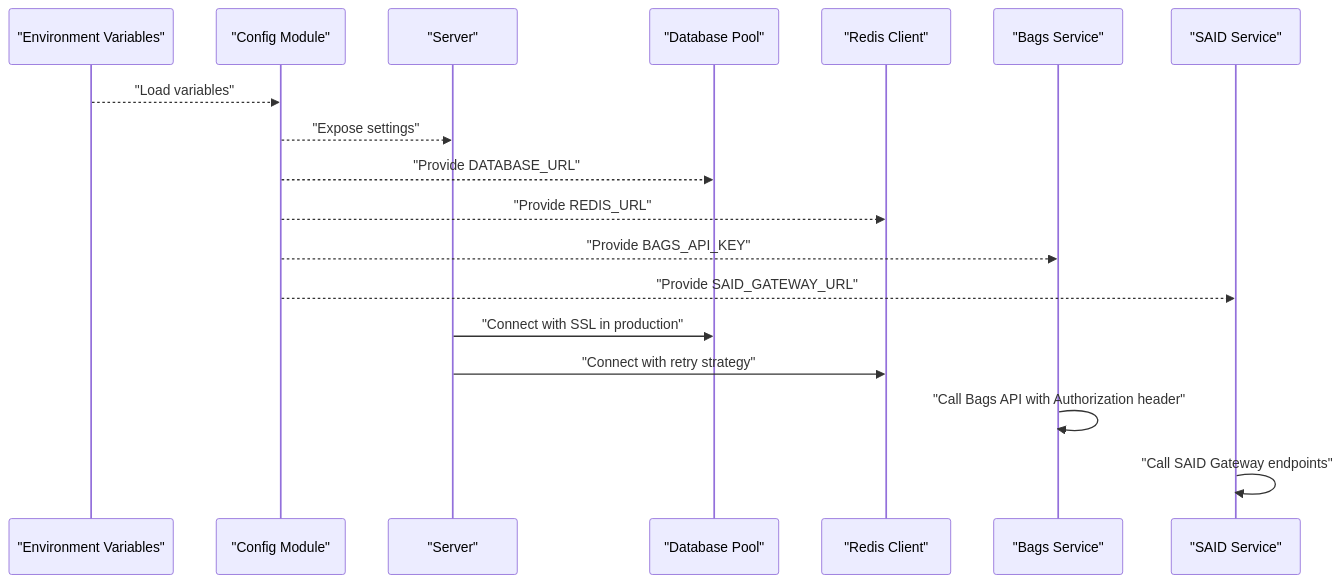
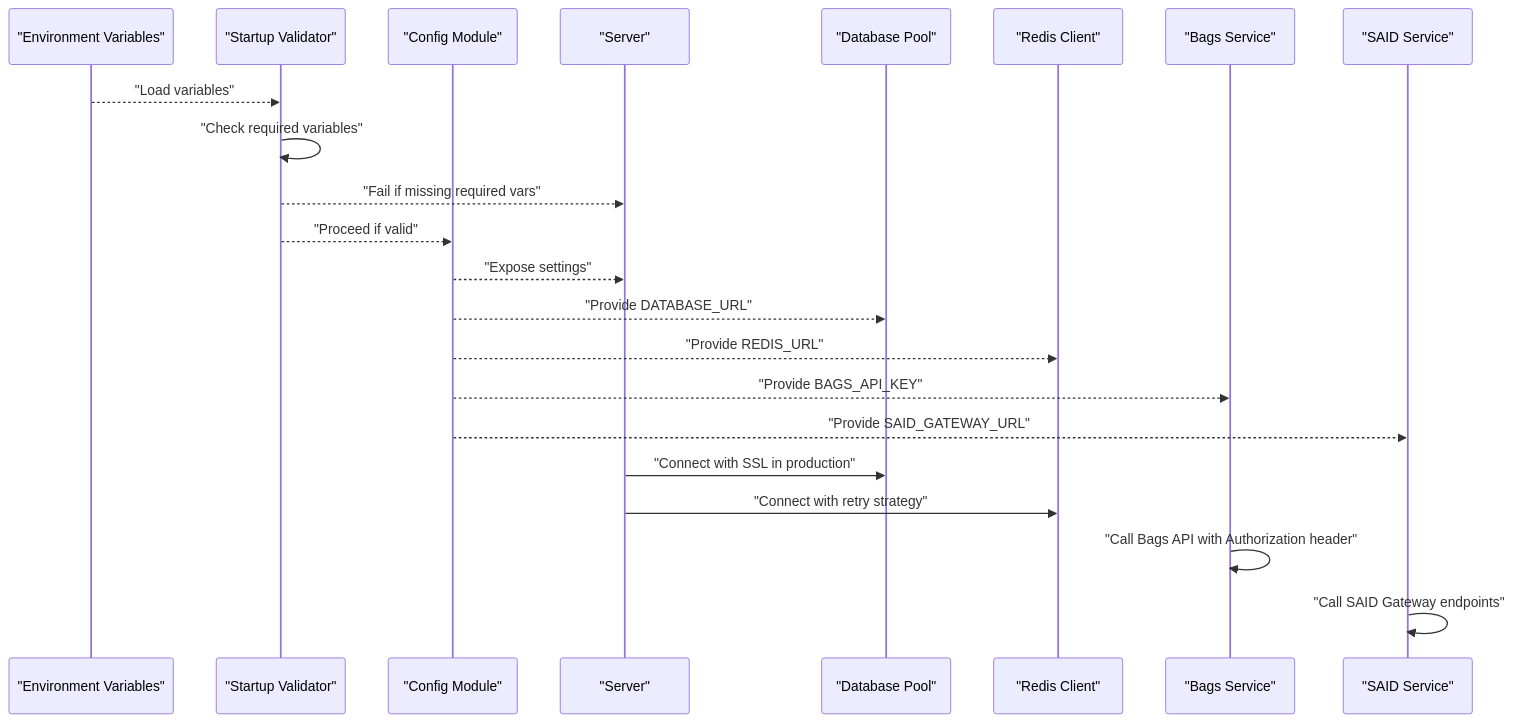
Before and after one commit to RunTimeAdmin/AgentID: the second of 9 diagrams in .qoder/repowiki/en/content/Configuration Management.md, drawn with Mermaid. The commit also changed other lines of this file and 17 other files, not shown here.

````diff
--- a/.qoder/repowiki/en/content/Configuration Management.md
+++ b/.qoder/repowiki/en/content/Configuration Management.md
@@ -90,20 +98,24 @@
 ```mermaid
 sequenceDiagram
 participant Env as "Environment Variables"
+participant Validator as "Startup Validator"
 participant Cfg as "Config Module"
 participant Srv as "Server"
 participant DB as "Database Pool"
 participant RDS as "Redis Client"
 participant Bags as "Bags Service"
 participant Said as "SAID Service"
-Env-->>Cfg : "Load variables"
+Env-->>Validator : "Load variables"
+Validator->>Validator : "Check required variables"
+Validator-->>Srv : "Fail if missing required vars"
+Validator-->>Cfg : "Proceed if valid"
 Cfg-->>Srv : "Expose settings"
 Cfg-->>DB : "Provide DATABASE_URL"
 Cfg-->>RDS : "Provide REDIS_URL"
 Cfg-->>Bags : "Provide BAGS_API_KEY"
 Cfg-->>Said : "Provide SAID_GATEWAY_URL"
 Srv->>DB : "Connect with SSL in production"
 Srv->>RDS : "Connect with retry strategy"
 Bags->>Bags : "Call Bags API with Authorization header"
 Said->>Said : "Call SAID Gateway endpoints"
 ```
````
